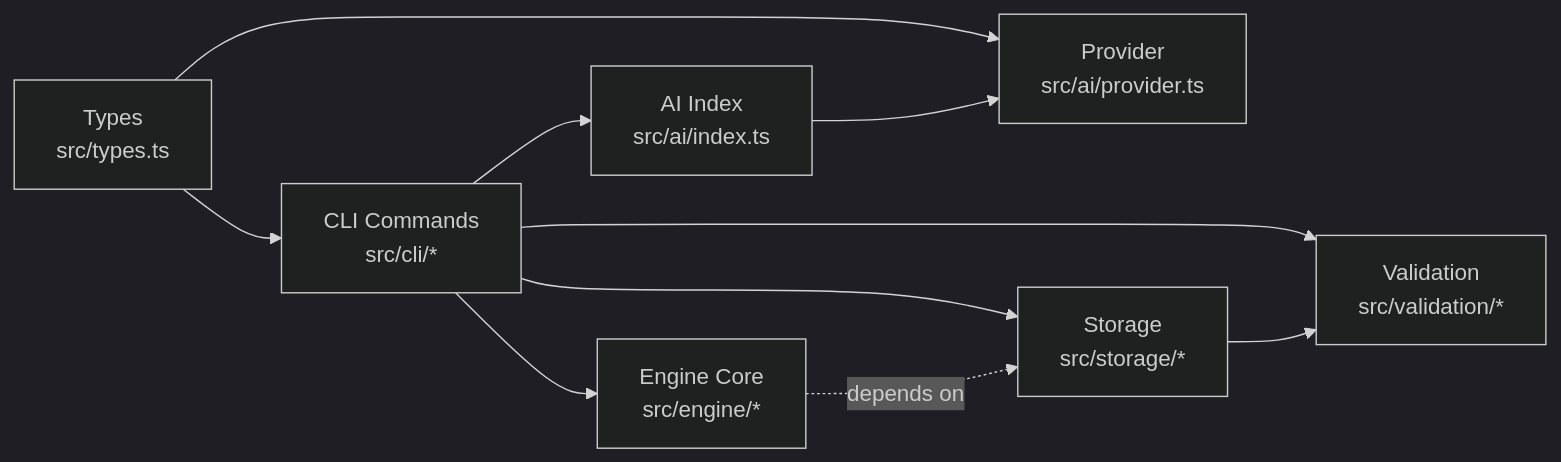
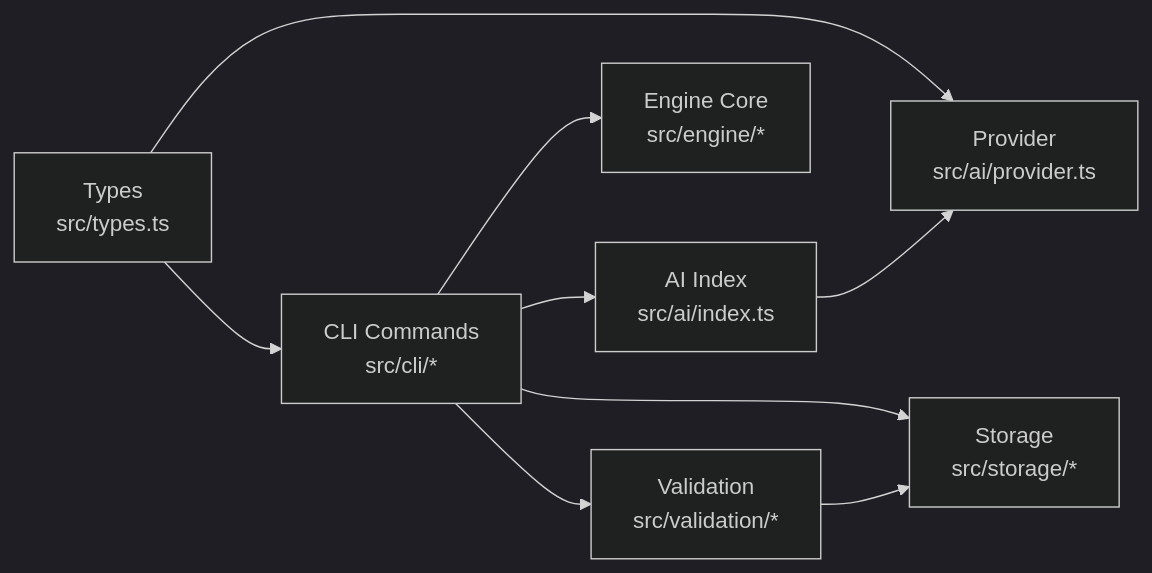
Before and after one commit to Kuldeep2822k/palee-architecture: the fifth of 6 diagrams in AI Integration (Phase 2).md, drawn with Mermaid (dark theme). The commit also changed other lines of this file and 6 other files, not shown here.

````diff
--- a/AI Integration (Phase 2).md
+++ b/AI Integration (Phase 2).md
@@ -245,20 +245,19 @@
 ```mermaid
 graph LR
     Types["Types<br/>src/types.ts"]
     AIIndex["AI Index<br/>src/ai/index.ts"]
     Provider["Provider<br/>src/ai/provider.ts"]
     CLI["CLI Commands<br/>src/cli/*"]
     Engine["Engine Core<br/>src/engine/*"]
     Storage["Storage<br/>src/storage/*"]
     Validation["Validation<br/>src/validation/*"]
 
     Types --> Provider
     Types --> CLI
     AIIndex --> Provider
     CLI --> AIIndex
     CLI --> Engine
     CLI --> Storage
     CLI --> Validation
-    Engine -. depends on .-> Storage
-    Storage --> Validation
+    Validation --> Storage
 ```
````
